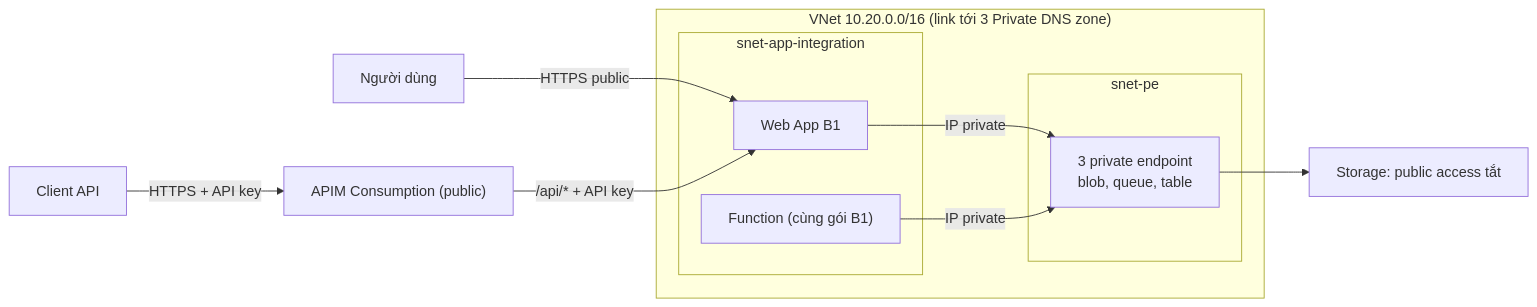
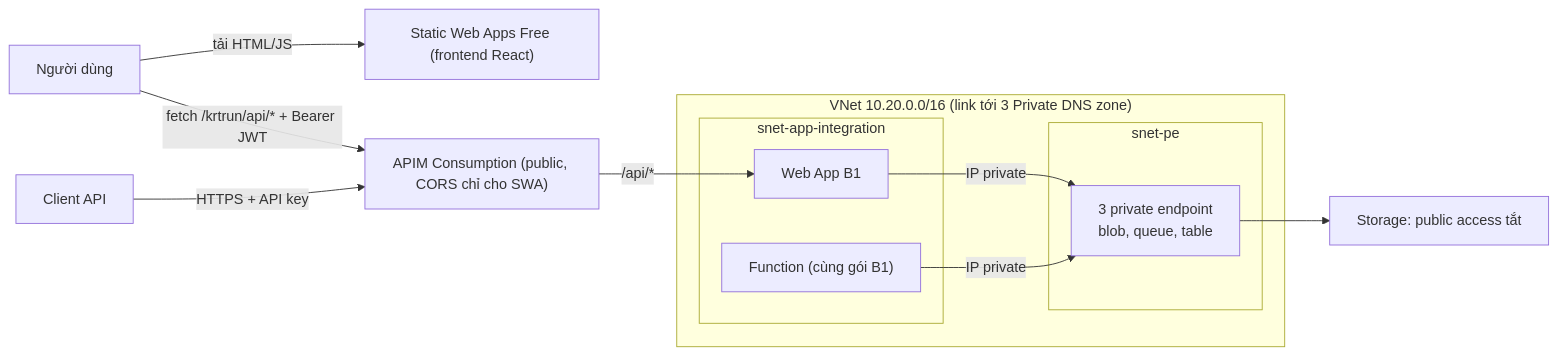
Before and after one commit to qlap04/KRT-run-infra: the third of 3 diagrams in docs/SETUP_vi.md, drawn with Mermaid. The commit also changed other lines of this file and 1 other file, not shown here.

First line of the commit message:
docs: describe the Static Web Apps frontend and APIM CORS

````diff
--- a/docs/SETUP_vi.md
+++ b/docs/SETUP_vi.md
@@ -174,18 +175,19 @@
 ```mermaid
 flowchart LR
-  U["Người dùng"] -->|HTTPS public| W
-  C["Client API"] -->|HTTPS + API key| A["APIM Consumption (public)"]
-  A -->|/api/* + API key| W
+  U["Người dùng"] -->|tải HTML/JS| S["Static Web Apps Free (frontend React)"]
+  U -->|fetch /krtrun/api/* + Bearer JWT| A["APIM Consumption (public, CORS chỉ cho SWA)"]
+  C["Client API"] -->|HTTPS + API key| A
+  A -->|/api/*| W
   subgraph VNET["VNet 10.20.0.0/16 (link tới 3 Private DNS zone)"]
     subgraph SN["snet-app-integration"]
       W["Web App B1"]
       F["Function (cùng gói B1)"]
     end
     subgraph PE["snet-pe"]
       PEP["3 private endpoint<br/>blob, queue, table"]
     end
   end
   W -->|IP private| PEP
   F -->|IP private| PEP
   PEP --> ST["Storage: public access tắt"]
 ```
````
